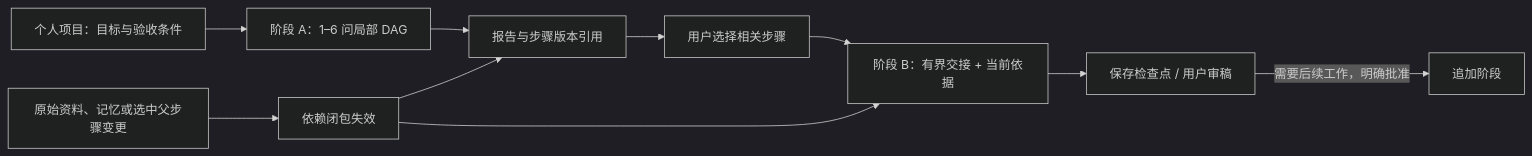
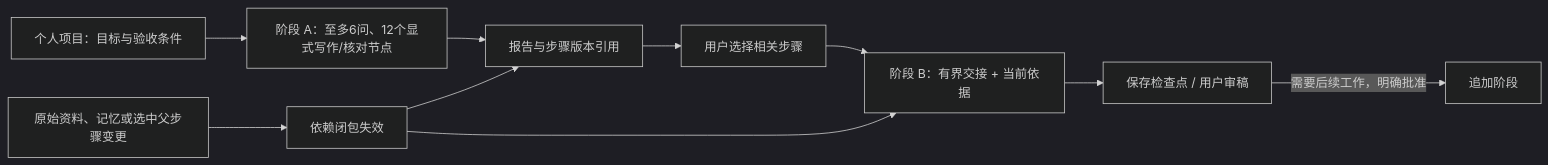
One commit to Yang-Jiashu/Doc-thinker changed the second of 3 diagrams in docs/LONG_PROJECT_RUNTIME.md. Above: the diagram before and after it, drawn with Mermaid (dark theme). The commit also changed other lines of this file and 83 other files, not shown here.

````diff
--- a/docs/LONG_PROJECT_RUNTIME.md
+++ b/docs/LONG_PROJECT_RUNTIME.md
@@ -142,12 +147,12 @@
 ```mermaid
 flowchart LR
-    P[个人项目：目标与验收条件] --> A[阶段 A：1–6 问局部 DAG]
+    P[个人项目：目标与验收条件] --> A[阶段 A：至多6问、12个显式写作/核对节点]
     A --> R[报告与步骤版本引用]
     R --> S[用户选择相关步骤]
     S --> B[阶段 B：有界交接 + 当前依据]
     B --> V[保存检查点 / 用户审稿]
     V -->|需要后续工作，明确批准| C[追加阶段]
     X[原始资料、记忆或选中父步骤变更] --> I[依赖闭包失效]
     I --> R
     I --> B
 ```
````
